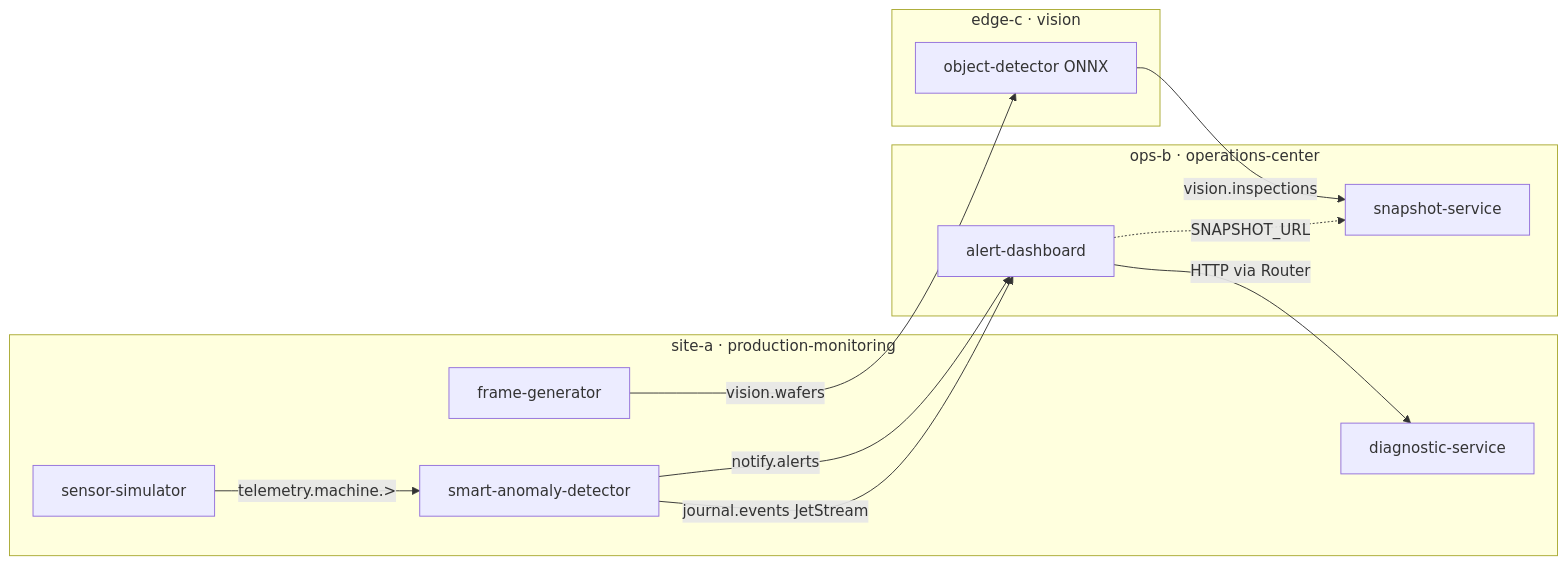
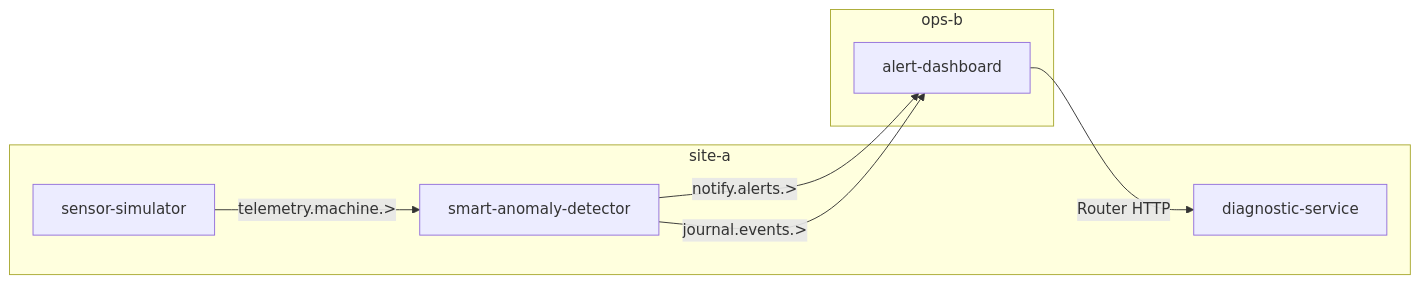
The diagram in docs/tutorials/acme-smart-plant/overview.mdx (Datasance/docs.datasance.com), drawn with Mermaid before and after one commit. The commit also changed other lines of this file and 1782 other files, not shown here.

````diff
--- a/docs/tutorials/acme-smart-plant/overview.mdx
+++ b/docs/tutorials/acme-smart-plant/overview.mdx
@@ -40,23 +30,15 @@
 ```mermaid
 flowchart LR
-  subgraph siteA [site-a · production-monitoring]
+  subgraph siteA [site-a]
     sensor[sensor-simulator]
     detector[smart-anomaly-detector]
     diag[diagnostic-service]
-    fg[frame-generator]
   end
-  subgraph opsB [ops-b · operations-center]
+  subgraph opsB [ops-b]
     dash[alert-dashboard]
-    snap[snapshot-service]
-  end
-  subgraph edgeC [edge-c · vision]
-    od[object-detector ONNX]
   end
   sensor -->|telemetry.machine.>| detector
-  detector -->|notify.alerts| dash
-  detector -->|journal.events JetStream| dash
-  dash -->|HTTP via Router| diag
-  fg -->|vision.wafers| od
-  od -->|vision.inspections| snap
-  dash -.->|SNAPSHOT_URL| snap
+  detector -->|notify.alerts.>| dash
+  detector -->|journal.events.>| dash
+  dash -->|Router HTTP| diag
 ```
````
